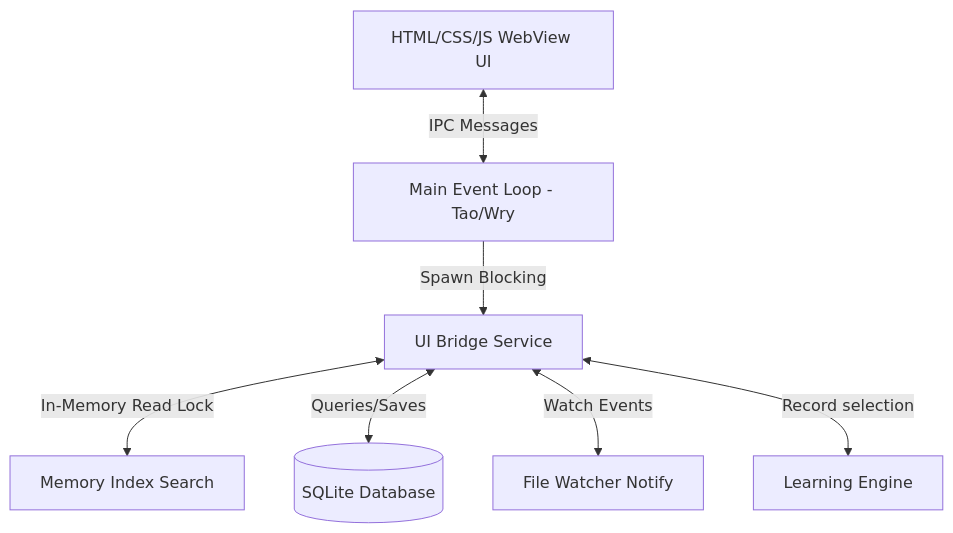
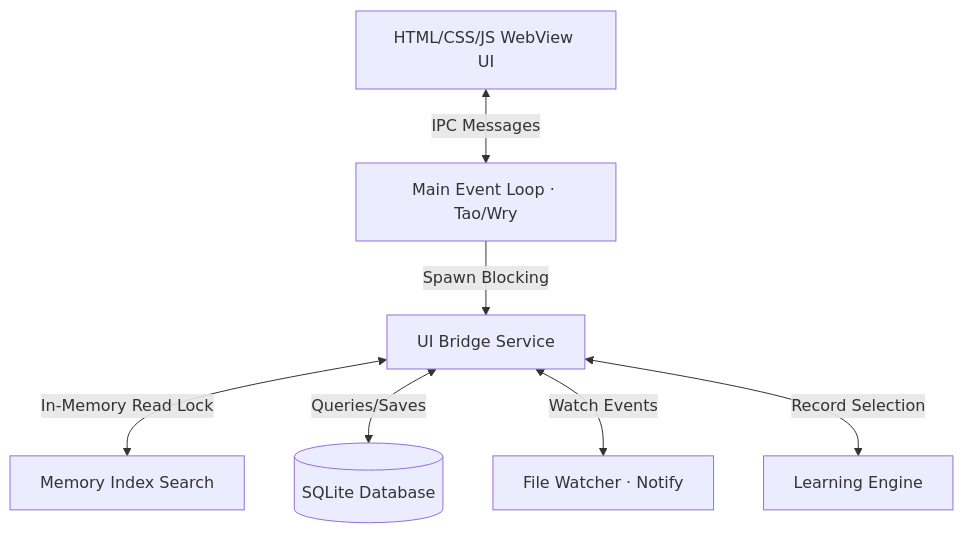
One commit to Vibbudu/kelp changed the diagram in README.md. Above: the diagram before and after it, drawn with Mermaid. The commit also changed other lines of this file, not shown here.

````diff
--- a/README.md
+++ b/README.md
@@ -66,9 +72,9 @@
 ```mermaid
 graph TD
-    UI[HTML/CSS/JS WebView UI] <-->|IPC Messages| Main[Main Event Loop - Tao/Wry]
+    UI[HTML/CSS/JS WebView UI] <-->|IPC Messages| Main[Main Event Loop · Tao/Wry]
     Main -->|Spawn Blocking| Bridge[UI Bridge Service]
     Bridge <-->|In-Memory Read Lock| Index[Memory Index Search]
     Bridge <-->|Queries/Saves| DB[(SQLite Database)]
-    Bridge <-->|Watch Events| Watcher[File Watcher Notify]
-    Bridge <-->|Record selection| Learning[Learning Engine]
+    Bridge <-->|Watch Events| Watcher[File Watcher · Notify]
+    Bridge <-->|Record Selection| Learning[Learning Engine]
 ```
````
